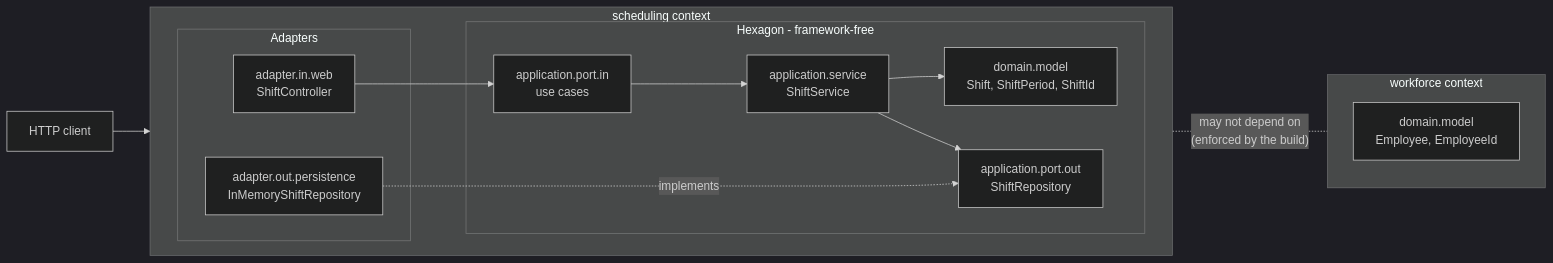
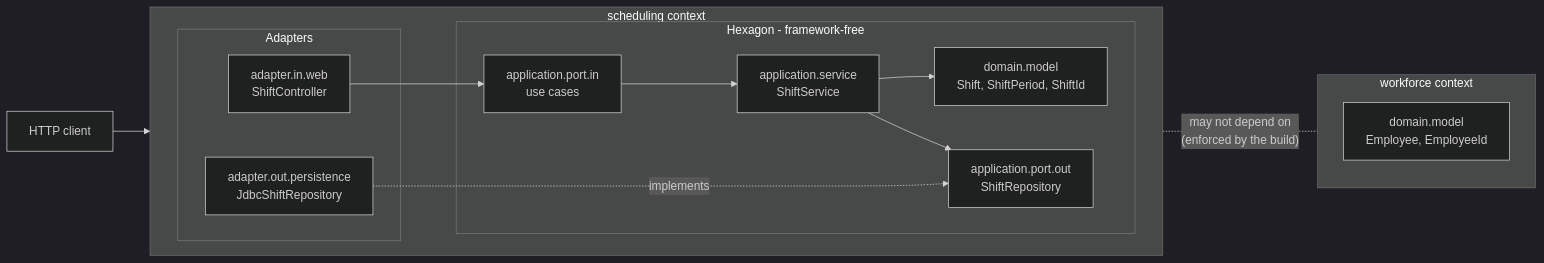
One commit to NaimElijah/HrSched changed the diagram in README.md. Above: the diagram before and after it, drawn with Mermaid (dark theme). The commit also changed other lines of this file and 4 other files, not shown here.

````diff
--- a/README.md
+++ b/README.md
@@ -237,31 +244,31 @@
 ```mermaid
 flowchart LR
     client[HTTP client]
 
     subgraph scheduling [scheduling context]
         direction LR
         subgraph adapters [Adapters]
             web["adapter.in.web<br/>ShiftController"]
-            store["adapter.out.persistence<br/>InMemoryShiftRepository"]
+            store["adapter.out.persistence<br/>JdbcShiftRepository"]
         end
         subgraph hexagon [Hexagon - framework-free]
             portIn["application.port.in<br/>use cases"]
             service["application.service<br/>ShiftService"]
             portOut["application.port.out<br/>ShiftRepository"]
             domain["domain.model<br/>Shift, ShiftPeriod, ShiftId"]
         end
     end
 
     subgraph workforce [workforce context]
         wfDomain["domain.model<br/>Employee, EmployeeId"]
     end
 
     client --> web
     web --> portIn
     portIn --> service
     service --> domain
     service --> portOut
     store -.implements.-> portOut
 
     scheduling -. "may not depend on<br/>(enforced by the build)" .- workforce
 ```
````
